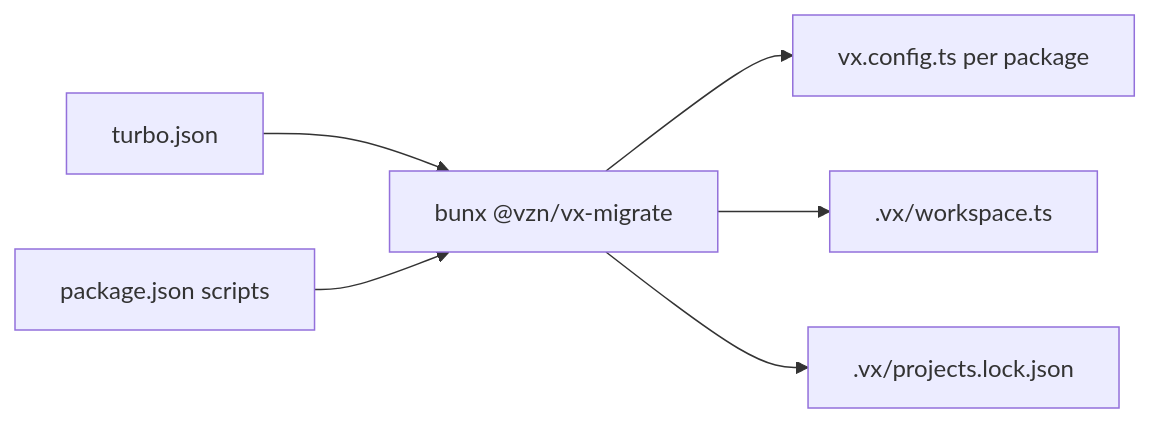
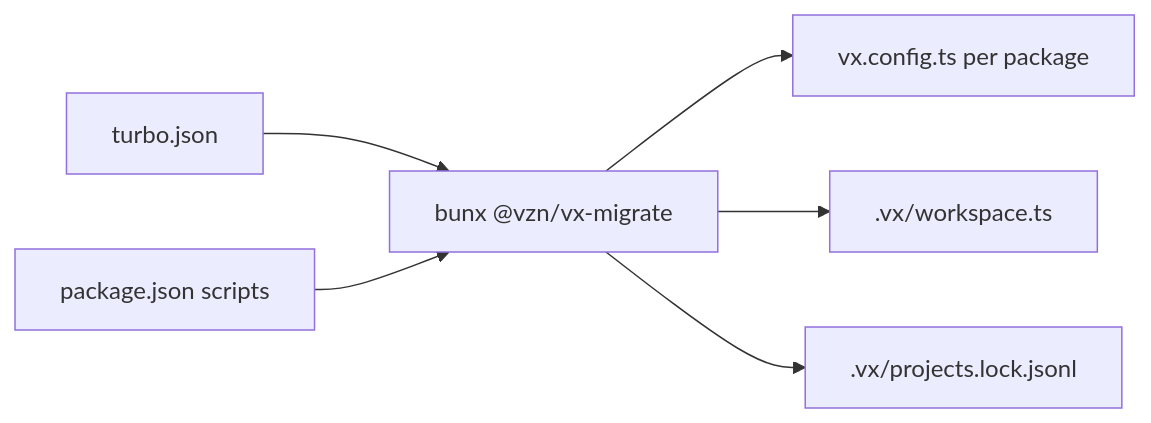
The diagram in private/vx-docs/src/content/docs/blog/from-turborepo.md (vznjs/vx), drawn with Mermaid before and after one commit. The commit also changed other lines of this file and 160 other files, not shown here.

````diff
--- a/private/vx-docs/src/content/docs/blog/from-turborepo.md
+++ b/private/vx-docs/src/content/docs/blog/from-turborepo.md
@@ -51,8 +51,8 @@
 ```mermaid
 flowchart LR
   T[turbo.json] --> M[bunx @vzn/vx-migrate]
   P[package.json scripts] --> M
   M --> C[vx.config.ts per package]
   M --> W[.vx/workspace.ts]
-  M --> L[.vx/projects.lock.json]
+  M --> L[.vx/projects.lock.jsonl]
 ```
````
